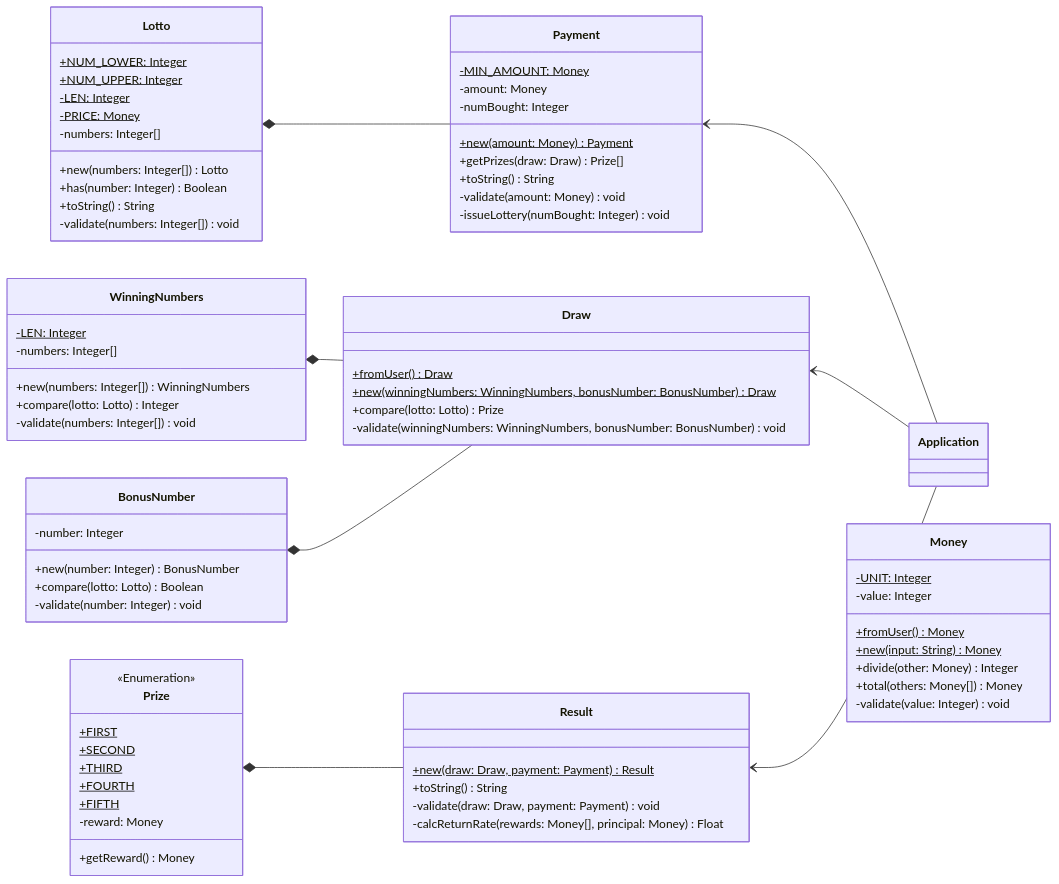
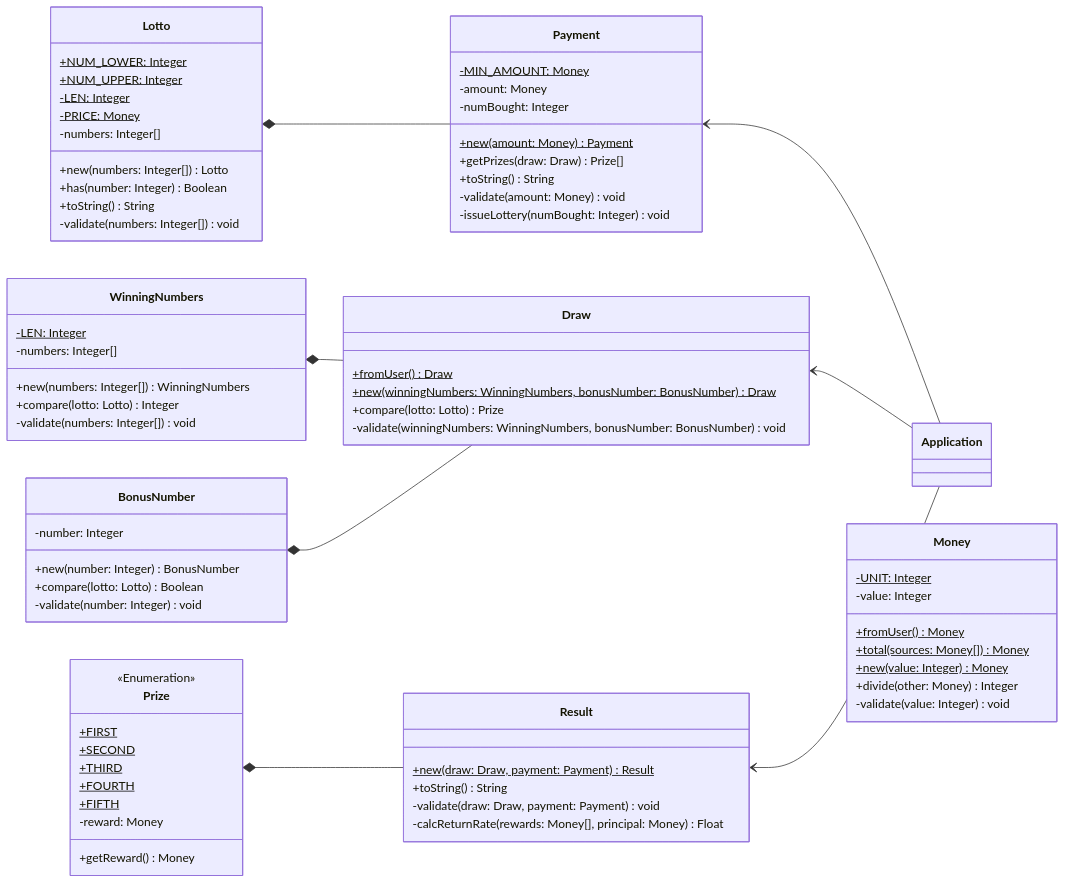
Before and after one commit to gdsc-konkuk/23-24_study_2nd_java-lotto-6: the sixth of 6 diagrams in docs/README.md, drawn with Mermaid. The commit also changed other lines of this file and 2 other files, not shown here.

```diff
--- a/docs/README.md
+++ b/docs/README.md
@@ -310,9 +317,9 @@
         -UNIT: Integer$
         -value: Integer
         +fromUser() Money$
-        +new(input: String) Money$
+        +total(sources: Money[]) Money$
+        +new(value: Integer) Money$
         +divide(other: Money) Integer
-        +total(others: Money[]) Money
         -validate(value: Integer) void
     }
 
```
